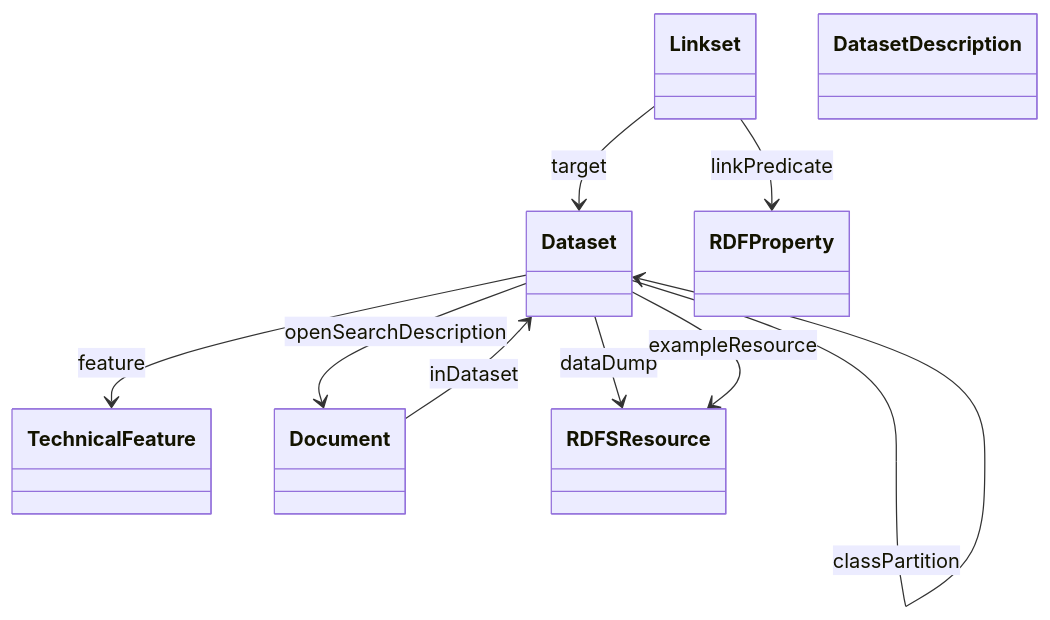
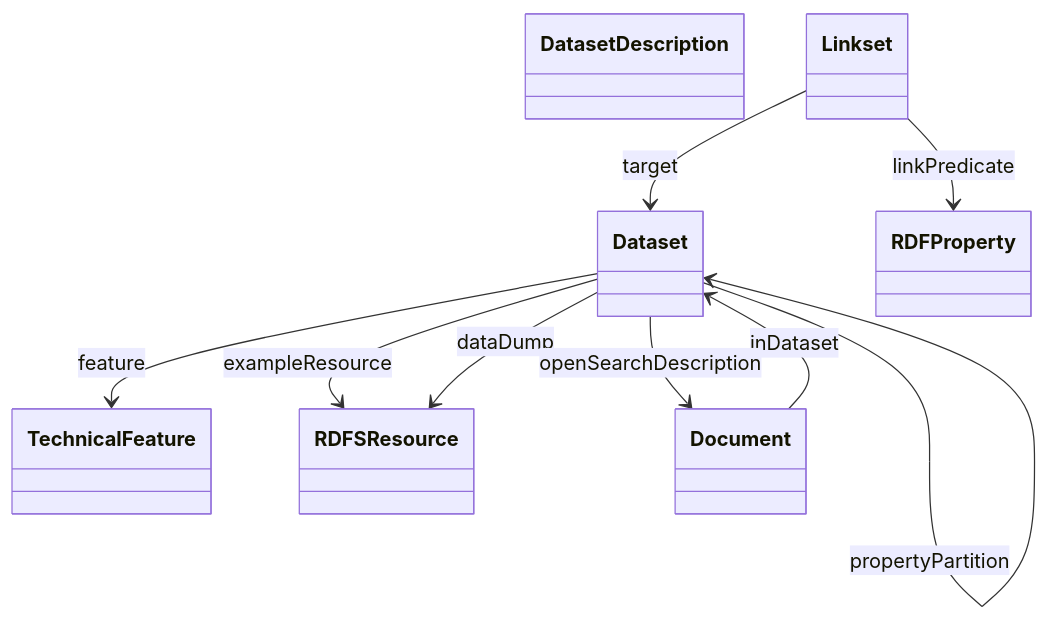
One commit to oeg-upm/Devos changed the diagram in output/Top_in_lov/void.ttl-abstract.md. Above: the diagram before and after it, drawn with Mermaid. The commit also changed other lines of this file and 295 other files, not shown here.

````diff
--- a/output/Top_in_lov/void.ttl-abstract.md
+++ b/output/Top_in_lov/void.ttl-abstract.md
@@ -1,43 +1,43 @@
 ```mermaid
 	classDiagram
 
     
+    class DatasetDescription {
+    
+    }
+
     class Linkset {
+    
+    }
+
+    class TechnicalFeature {
     
     }
 
     class Dataset {
     
     }
 
-    class TechnicalFeature {
-    
-    }
-
-    class DatasetDescription {
-    
-    }
 
 
-
-Dataset  --> Document   :openSearchDescription  
-
-Linkset  --> RDFProperty   :linkPredicate  
-
-Dataset  --> RDFSResource   :dataDump  
-
-Dataset  --> Dataset   :propertyPartition  
-
-Linkset  --> Dataset   :target  
+Dataset  --> RDFSResource   :exampleResource  
 
 Dataset  --> Dataset   :subset  
 
 Document  --> Dataset   :inDataset  
 
-Dataset  --> RDFSResource   :exampleResource  
+Dataset  --> Dataset   :classPartition  
 
 Dataset  --> TechnicalFeature   :feature  
 
-Dataset  --> Dataset   :classPartition  
+Dataset  --> RDFSResource   :dataDump  
+
+Dataset  --> Document   :openSearchDescription  
+
+Dataset  --> Dataset   :propertyPartition  
+
+Linkset  --> RDFProperty   :linkPredicate  
+
+Linkset  --> Dataset   :target  
 
 ```
````
